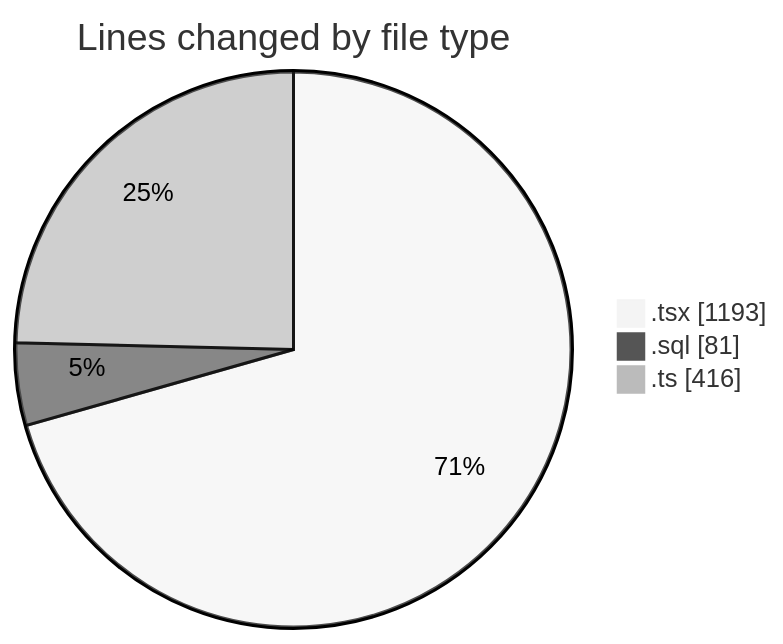
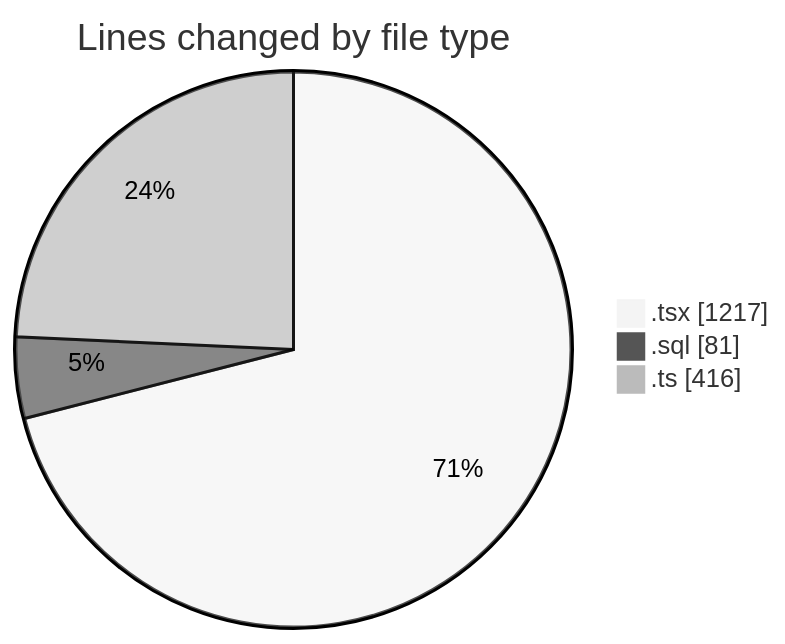
Before and after one commit to lephambinh05/code-tracking: the first of 2 diagrams in 2025-09-09/hiai-phf/README.md, drawn with Mermaid (neutral theme). The commit also changed other lines of this file and 1 other file, not shown here.

````diff
--- a/2025-09-09/hiai-phf/README.md
+++ b/2025-09-09/hiai-phf/README.md
@@ -36,7 +36,7 @@
 ```mermaid
 pie showData
 title Lines changed by file type
-".tsx" : 1193
+".tsx" : 1217
 ".sql" : 81
 ".ts" : 416
 ```
````
